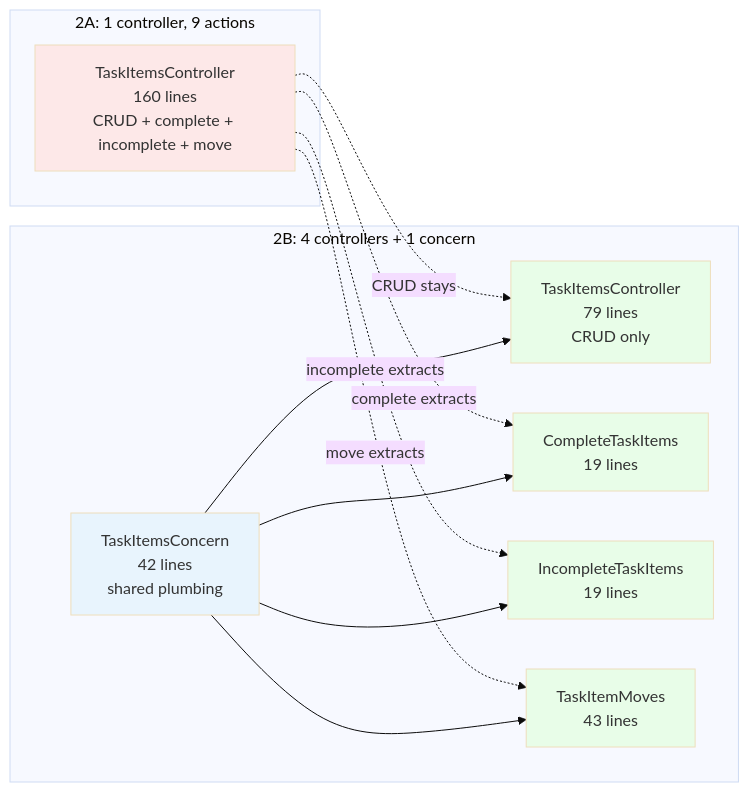
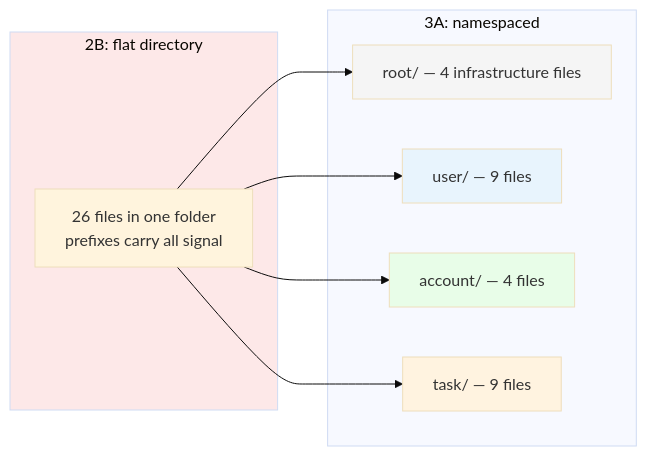
Before and after one commit to railswhey/app: the first of 2 diagrams in README.md, drawn with Mermaid (base theme). The commit also changed other lines of this file and 153 other files, not shown here.

````diff
--- a/README.md
+++ b/README.md
@@ -103,31 +50,24 @@
 ```mermaid
 flowchart LR
-  subgraph Before["2A: 1 controller, 9 actions"]
-    TI2A[TaskItemsController<br/>160 lines<br/>CRUD + complete + incomplete + move]
+  subgraph Before["2B: flat directory"]
+    FLAT["26 files in one folder<br/>prefixes carry all signal"]
   end
 
-  subgraph After["2B: 4 controllers + 1 concern"]
-    TC[TaskItemsConcern<br/>42 lines<br/>shared plumbing]
-    TI2B[TaskItemsController<br/>79 lines<br/>CRUD only]
-    CTI[CompleteTaskItems<br/>19 lines]
-    ITI[IncompleteTaskItems<br/>19 lines]
-    TIM[TaskItemMoves<br/>43 lines]
+  subgraph After["3A: namespaced"]
+    ROOT["root/ — 4 infrastructure files"]
+    USER["user/ — 9 files"]
+    ACCOUNT["account/ — 4 files"]
+    TASK["task/ — 9 files"]
   end
 
-  TI2A -.->|"CRUD stays"| TI2B
-  TI2A -.->|"complete extracts"| CTI
-  TI2A -.->|"incomplete extracts"| ITI
-  TI2A -.->|"move extracts"| TIM
+  FLAT --> ROOT
+  FLAT --> USER
+  FLAT --> ACCOUNT
+  FLAT --> TASK
 
-  TC --> TI2B
-  TC --> CTI
-  TC --> ITI
-  TC --> TIM
-
-  style TI2A fill:#fde8e8
-  style TC fill:#e8f4fd
-  style TI2B fill:#e8fde8
-  style CTI fill:#e8fde8
-  style ITI fill:#e8fde8
-  style TIM fill:#e8fde8
+  style Before fill:#fde8e8
+  style ROOT fill:#f5f5f5
+  style USER fill:#e8f4fd
+  style ACCOUNT fill:#e8fde8
+  style TASK fill:#fff3e0
 ```
````
